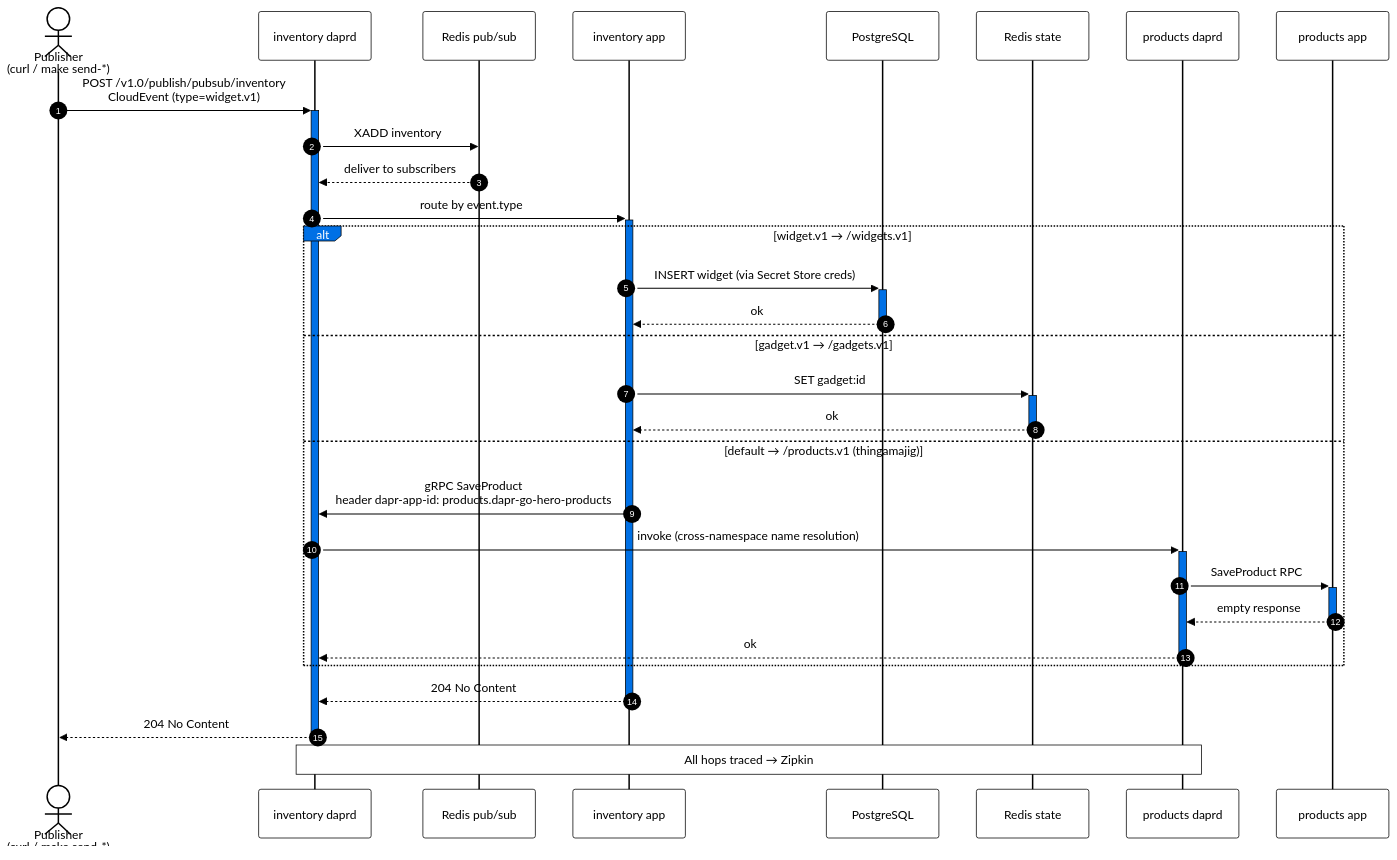
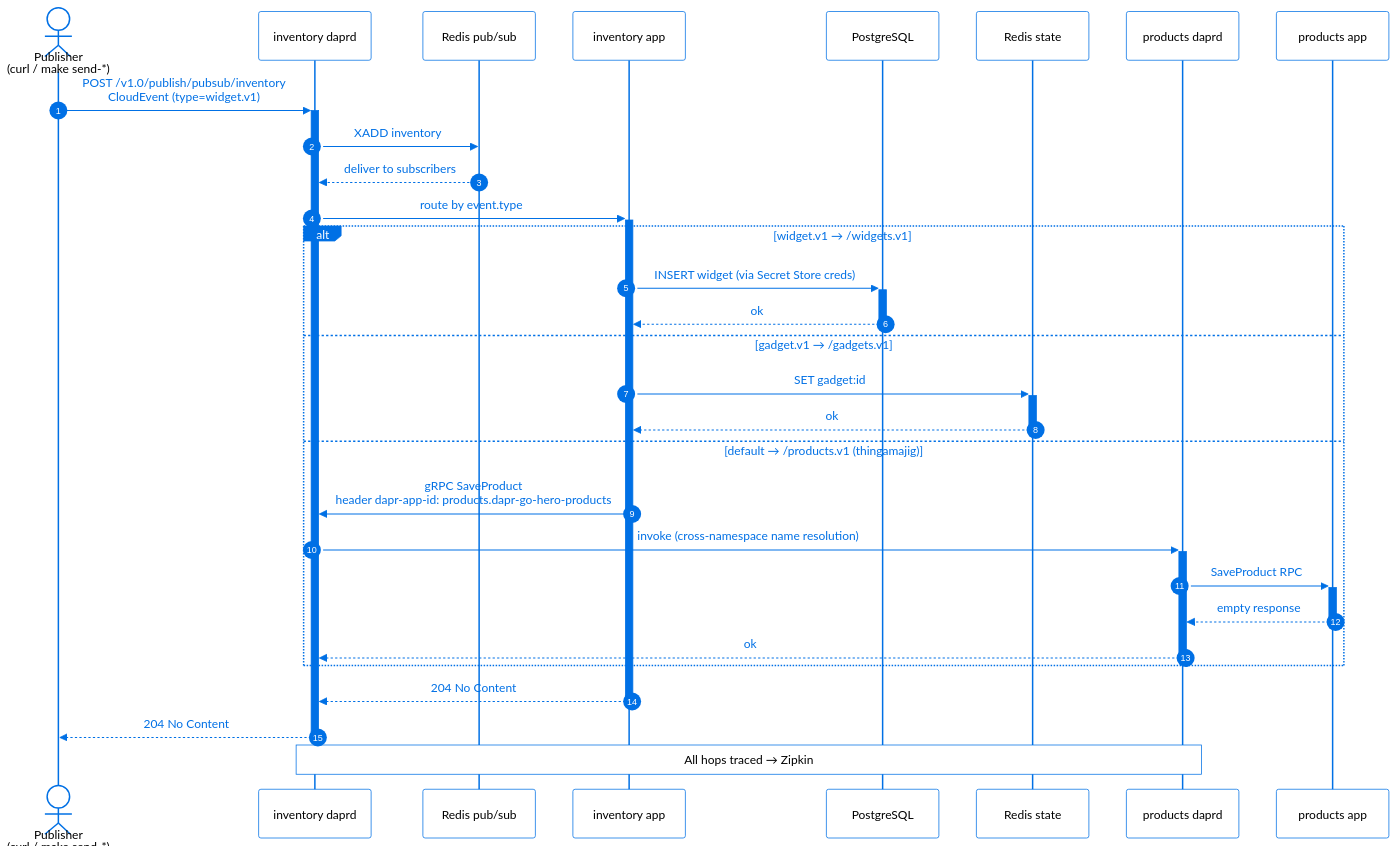
Before and after one commit to AndriyKalashnykov/dapr-go-hero: the second of 2 diagrams in README.md, drawn with Mermaid. The commit also changed other lines of this file, not shown here.

First line of the commit message:
docs: make both Mermaid diagrams readable in GitHub dark mode

````diff
--- a/README.md
+++ b/README.md
@@ -327,37 +327,37 @@
 ```mermaid
-%%{init: {'theme':'base','themeVariables':{'background':'#FFFFFF','fontFamily':'ui-sans-serif, system-ui, sans-serif','primaryColor':'#FFFFFF','primaryTextColor':'#000000','primaryBorderColor':'#000000','actorBkg':'#FFFFFF','actorBorder':'#000000','actorTextColor':'#000000','actorLineColor':'#000000','signalColor':'#000000','signalTextColor':'#000000','labelBoxBkgColor':'#0070E5','labelBoxBorderColor':'#000000','labelTextColor':'#FFFFFF','loopTextColor':'#000000','noteBkgColor':'#FFFFFF','noteBorderColor':'#000000','noteTextColor':'#000000','altBackground':'#FFFFFF','activationBkgColor':'#0070E5','activationBorderColor':'#000000','sequenceNumberColor':'#FFFFFF'}}}%%
+%%{init: {'theme':'base','themeVariables':{'background':'#FFFFFF','fontFamily':'ui-sans-serif, system-ui, sans-serif','primaryColor':'#FFFFFF','primaryTextColor':'#000000','primaryBorderColor':'#0070E5','actorBkg':'#FFFFFF','actorBorder':'#0070E5','actorTextColor':'#000000','actorLineColor':'#0070E5','signalColor':'#0070E5','signalTextColor':'#0070E5','labelBoxBkgColor':'#0070E5','labelBoxBorderColor':'#0070E5','labelTextColor':'#FFFFFF','loopTextColor':'#0070E5','noteBkgColor':'#FFFFFF','noteBorderColor':'#0070E5','noteTextColor':'#000000','altBackground':'#FFFFFF','activationBkgColor':'#0070E5','activationBorderColor':'#0070E5','sequenceNumberColor':'#FFFFFF'}}}%%
 sequenceDiagram
   autonumber
   actor Pub as Publisher<br/>(curl / make send-*)
   participant IDaprd as inventory daprd
   participant Redis as Redis pub/sub
   participant IApp as inventory app
   participant PG as PostgreSQL
   participant RState as Redis state
   participant PDaprd as products daprd
   participant PApp as products app
 
   Pub->>+IDaprd: POST /v1.0/publish/pubsub/inventory<br/>CloudEvent (type=widget.v1)
   IDaprd->>Redis: XADD inventory
   Redis-->>IDaprd: deliver to subscribers
   IDaprd->>+IApp: route by event.type
 
   alt widget.v1 → /widgets.v1
     IApp->>+PG: INSERT widget (via Secret Store creds)
     PG-->>-IApp: ok
   else gadget.v1 → /gadgets.v1
     IApp->>+RState: SET gadget:id
     RState-->>-IApp: ok
   else default → /products.v1 (thingamajig)
     IApp->>IDaprd: gRPC SaveProduct<br/>header dapr-app-id: products.dapr-go-hero-products
     IDaprd->>+PDaprd: invoke (cross-namespace name resolution)
     PDaprd->>+PApp: SaveProduct RPC
     PApp-->>-PDaprd: empty response
     PDaprd-->>-IDaprd: ok
   end
 
   IApp-->>-IDaprd: 204 No Content
   IDaprd-->>-Pub: 204 No Content
 
   Note over IDaprd,PDaprd: All hops traced → Zipkin
 ```
````
